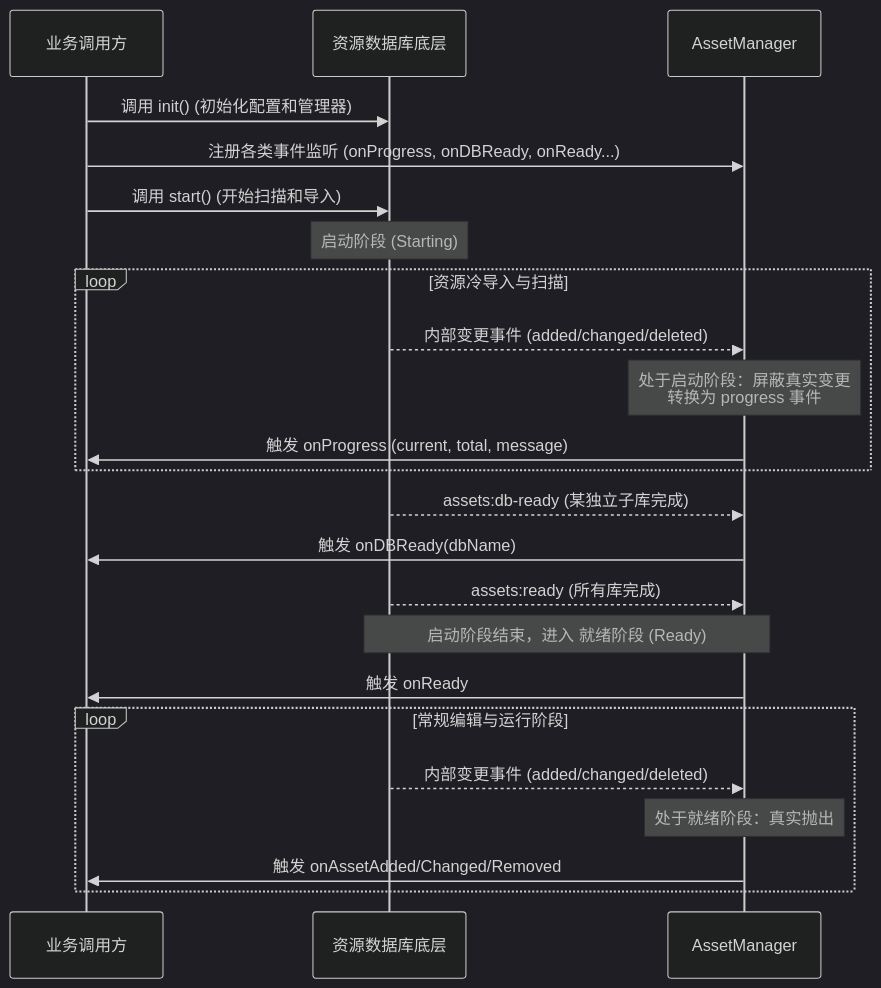
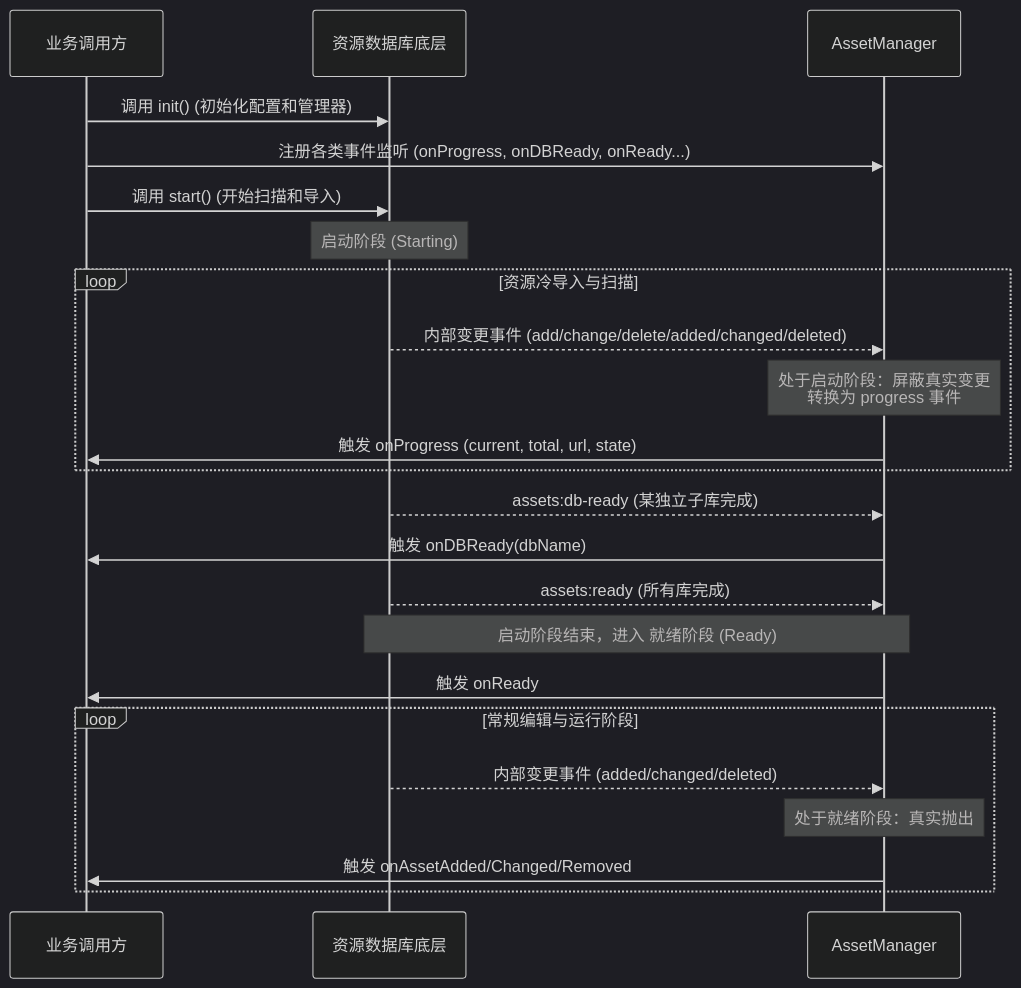
One commit to Changdw/cocos-cli changed the diagram in docs/dev/core/assets/events-timing.md. Above: the diagram before and after it, drawn with Mermaid (dark theme). The commit also changed other lines of this file and 3 other files, not shown here.

First line of the commit message:
feat: add import state to progress event and rename message to url

````diff
--- a/docs/dev/core/assets/events-timing.md
+++ b/docs/dev/core/assets/events-timing.md
@@ -13,30 +13,30 @@
 ```mermaid
 sequenceDiagram
     participant User as 业务调用方
     participant AssetDB as 资源数据库底层
     participant Manager as AssetManager
 
     User->>AssetDB: 调用 init() (初始化配置和管理器)
     User->>Manager: 注册各类事件监听 (onProgress, onDBReady, onReady...)
     User->>AssetDB: 调用 start() (开始扫描和导入)
     Note over AssetDB: 启动阶段 (Starting)
 
     loop 资源冷导入与扫描
-        AssetDB-->>Manager: 内部变更事件 (added/changed/deleted)
+        AssetDB-->>Manager: 内部变更事件 (add/change/delete/added/changed/deleted)
         Note over Manager: 处于启动阶段：屏蔽真实变更<br/>转换为 progress 事件
-        Manager->>User: 触发 onProgress (current, total, message)
+        Manager->>User: 触发 onProgress (current, total, url, state)
     end
 
     AssetDB-->>Manager: assets:db-ready (某独立子库完成)
     Manager->>User: 触发 onDBReady(dbName)
 
     AssetDB-->>Manager: assets:ready (所有库完成)
     Note over AssetDB,Manager: 启动阶段结束，进入 就绪阶段 (Ready)
     Manager->>User: 触发 onReady
 
     loop 常规编辑与运行阶段
         AssetDB-->>Manager: 内部变更事件 (added/changed/deleted)
         Note over Manager: 处于就绪阶段：真实抛出
         Manager->>User: 触发 onAssetAdded/Changed/Removed
     end
 ```
````
